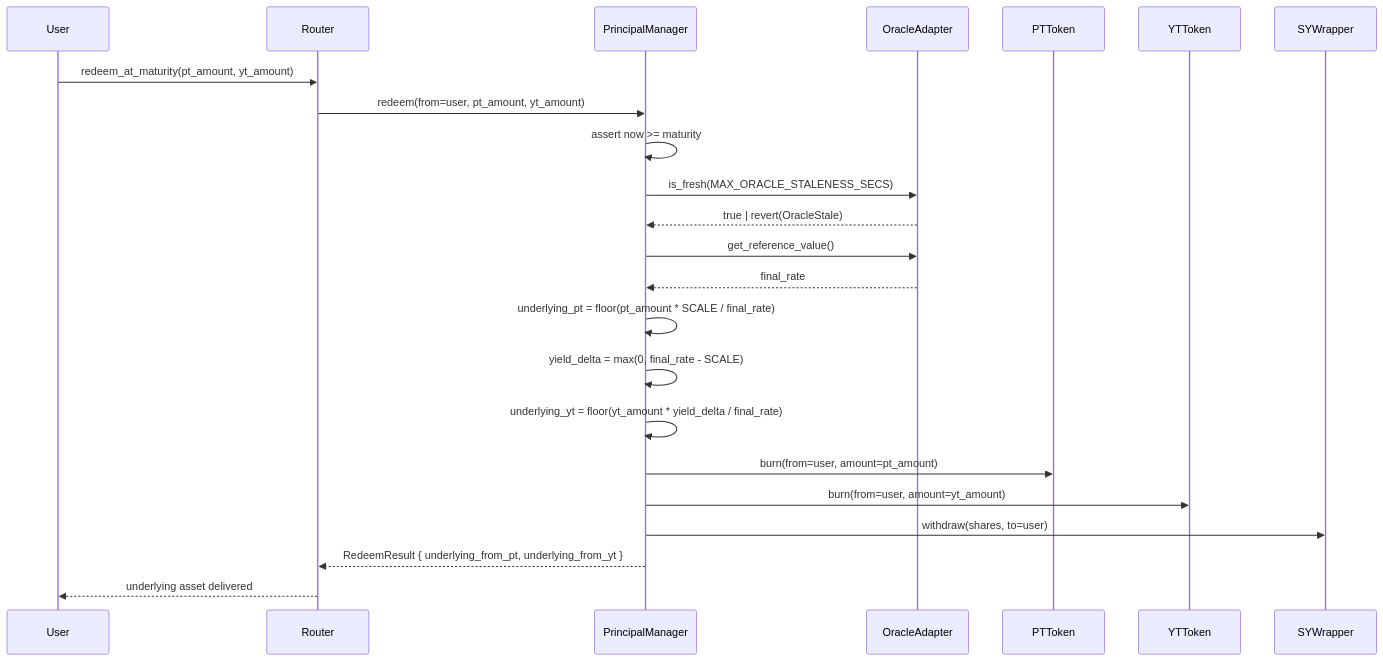
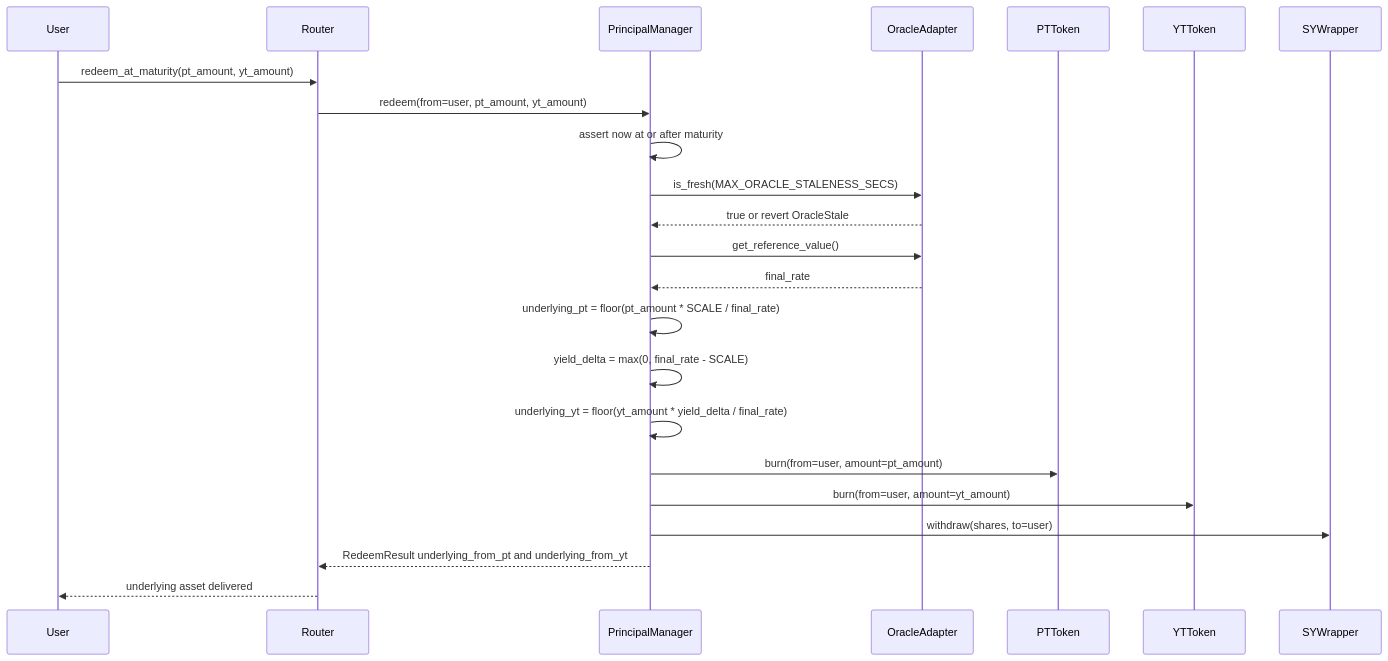
The fifth of 9 diagrams in ARCHITECTURE.md (principal-Protocol-org/principal), drawn with Mermaid before and after one commit. The commit also changed other lines of this file, not shown here.

Commit message:
docs: expand Stellar architecture

````diff
--- a/ARCHITECTURE.md
+++ b/ARCHITECTURE.md
@@ -215,26 +215,26 @@
 ```mermaid
 sequenceDiagram
     participant U as User
     participant RT as Router
     participant PM as PrincipalManager
     participant OA as OracleAdapter
     participant PT as PTToken
     participant YT as YTToken
     participant SYW as SYWrapper
 
     U->>RT: redeem_at_maturity(pt_amount, yt_amount)
     RT->>PM: redeem(from=user, pt_amount, yt_amount)
-    PM->>PM: assert now >= maturity
+    PM->>PM: assert now at or after maturity
     PM->>OA: is_fresh(MAX_ORACLE_STALENESS_SECS)
-    OA-->>PM: true | revert(OracleStale)
+    OA-->>PM: true or revert OracleStale
     PM->>OA: get_reference_value()
     OA-->>PM: final_rate
     PM->>PM: underlying_pt = floor(pt_amount * SCALE / final_rate)
     PM->>PM: yield_delta  = max(0, final_rate - SCALE)
     PM->>PM: underlying_yt = floor(yt_amount * yield_delta / final_rate)
     PM->>PT: burn(from=user, amount=pt_amount)
     PM->>YT: burn(from=user, amount=yt_amount)
     PM->>SYW: withdraw(shares, to=user)
-    PM-->>RT: RedeemResult { underlying_from_pt, underlying_from_yt }
+    PM-->>RT: RedeemResult underlying_from_pt and underlying_from_yt
     RT-->>U: underlying asset delivered
 ```
````
